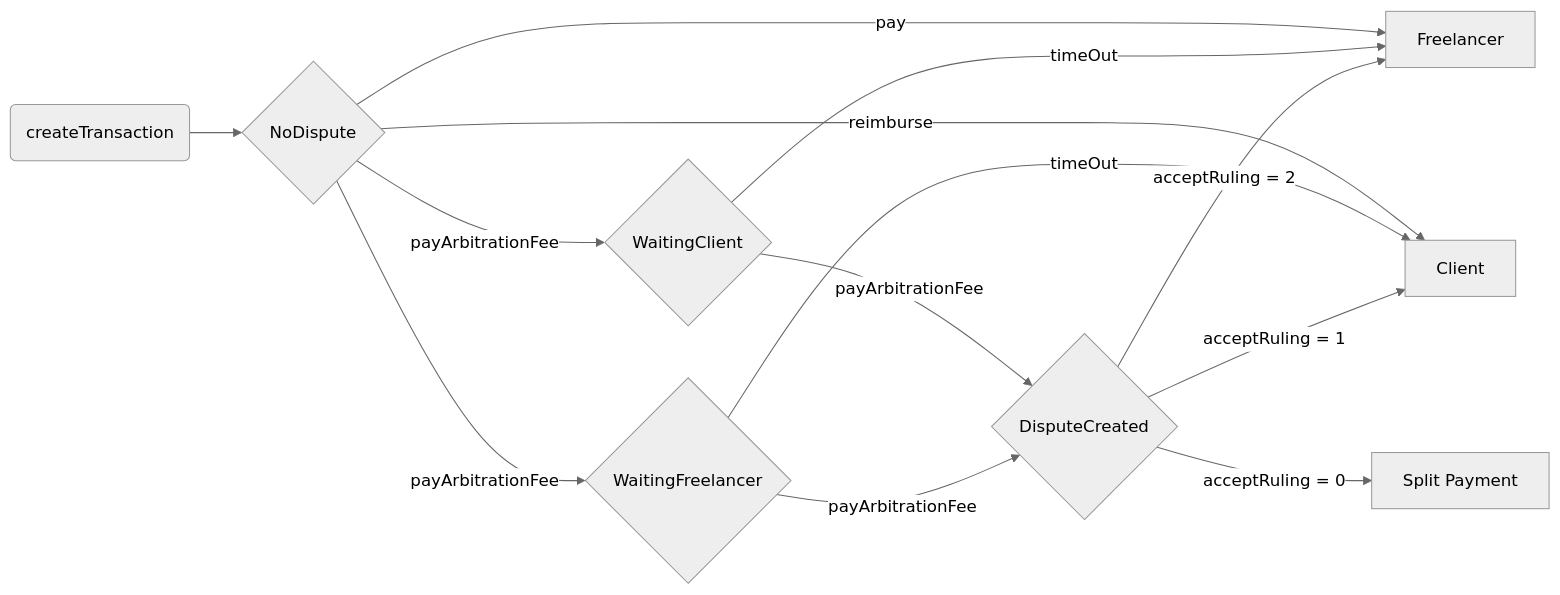
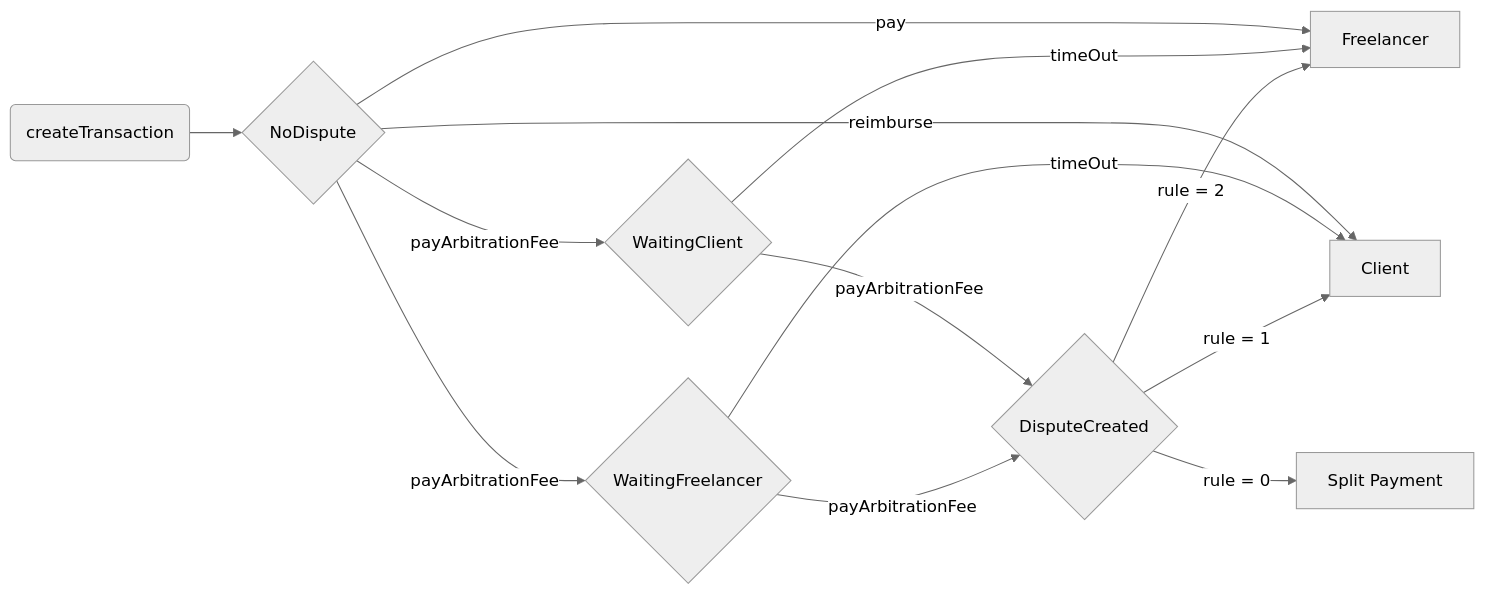
One commit to Nerwo/nerwo-contracts changed the diagram in README.md. Above: the diagram before and after it, drawn with Mermaid (neutral theme). The commit also changed other lines of this file and 8 other files, not shown here.

````diff
--- a/README.md
+++ b/README.md
@@ -294,15 +289,15 @@
 ```mermaid
 flowchart LR
     A(createTransaction) -->B{NoDispute}
     B -->|pay| C[Freelancer]
     B -->|reimburse| D[Client]
     B -->|payArbitrationFee| E{WaitingClient}
     B -->|payArbitrationFee| F{WaitingFreelancer}
     E -->|payArbitrationFee| G{DisputeCreated}
     F -->|payArbitrationFee| G{DisputeCreated}
     E -->|timeOut| C[Freelancer]
     F -->|timeOut| D[Client]
-    G -->|acceptRuling = 1| D[Client]
-    G -->|acceptRuling = 2| C[Freelancer]
-    G -->|acceptRuling = 0| H[Split Payment]
+    G -->|rule = 1| D[Client]
+    G -->|rule = 2| C[Freelancer]
+    G -->|rule = 0| H[Split Payment]
 ```
````
